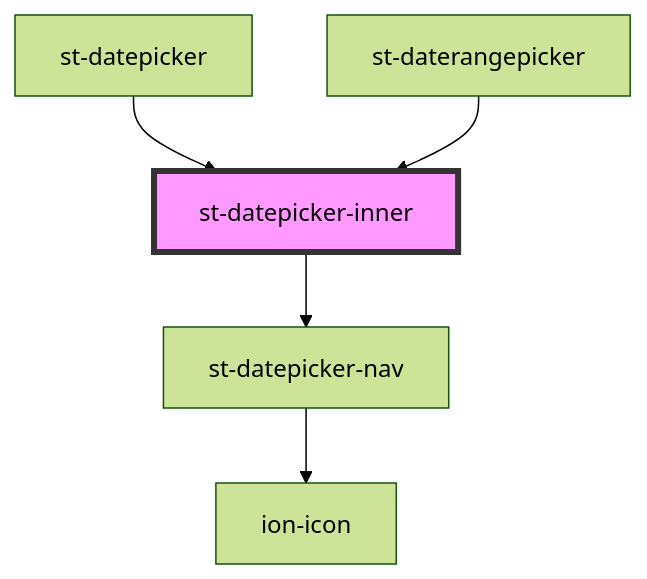
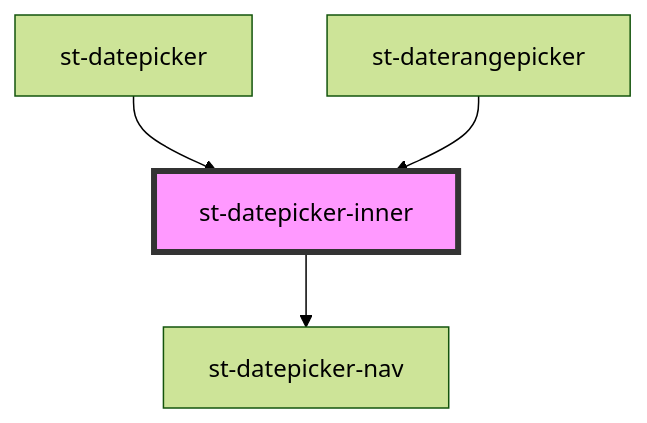
Before and after one commit to k1laba/st-datepicker: the diagram in src/components/inner-components/st-datepicker-inner/readme.md, drawn with Mermaid (forest theme). The commit also changed 737 other files, not shown here.

````diff
--- a/src/components/inner-components/st-datepicker-inner/readme.md
+++ b/src/components/inner-components/st-datepicker-inner/readme.md
@@ -31,8 +31,7 @@
 ```mermaid
 graph TD;
   st-datepicker-inner --> st-datepicker-nav
-  st-datepicker-nav --> ion-icon
   st-datepicker --> st-datepicker-inner
   st-daterangepicker --> st-datepicker-inner
   style st-datepicker-inner fill:#f9f,stroke:#333,stroke-width:4px
 ```
````
